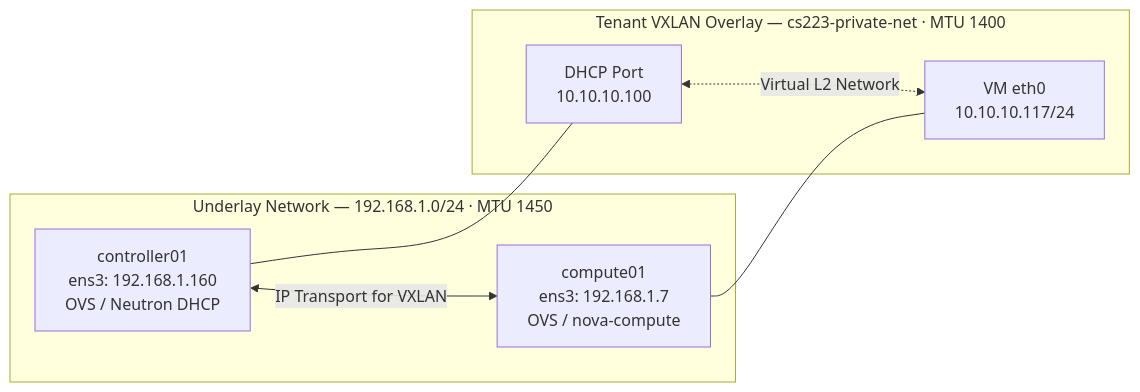
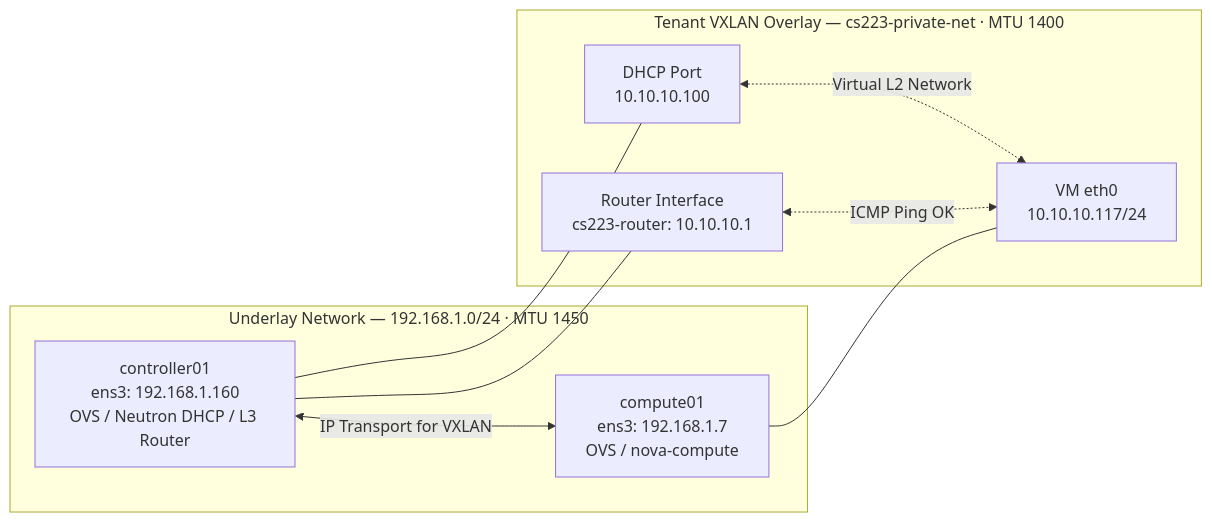
The third of 9 diagrams in docs/02-architecture.md (ronnakrit303/CS223-TermProject), drawn with Mermaid before and after one commit. The commit also changed other lines of this file and 7 other files, not shown here.

Commit message:
docs & evidence: complete 14/14 QA tests and sync architecture diagrams

````diff
--- a/docs/02-architecture.md
+++ b/docs/02-architecture.md
@@ -262,17 +262,20 @@
 ```mermaid
 flowchart LR
     subgraph UNDERLAY["Underlay Network — 192.168.1.0/24 · MTU 1450"]
-        C["controller01<br/>ens3: 192.168.1.160<br/>OVS / Neutron DHCP"]
+        C["controller01<br/>ens3: 192.168.1.160<br/>OVS / Neutron DHCP / L3 Router"]
         N["compute01<br/>ens3: 192.168.1.7<br/>OVS / nova-compute"]
         C <-->|"IP Transport for VXLAN"| N
     end
 
     subgraph TENANT["Tenant VXLAN Overlay — cs223-private-net · MTU 1400"]
         D["DHCP Port<br/>10.10.10.100"]
+        R["Router Interface<br/>cs223-router: 10.10.10.1"]
         V["VM eth0<br/>10.10.10.117/24"]
         D <-.->|"Virtual L2 Network"| V
+        R <-.->|"ICMP Ping OK"| V
     end
 
     C --- D
+    C --- R
     N --- V
 ```
````
